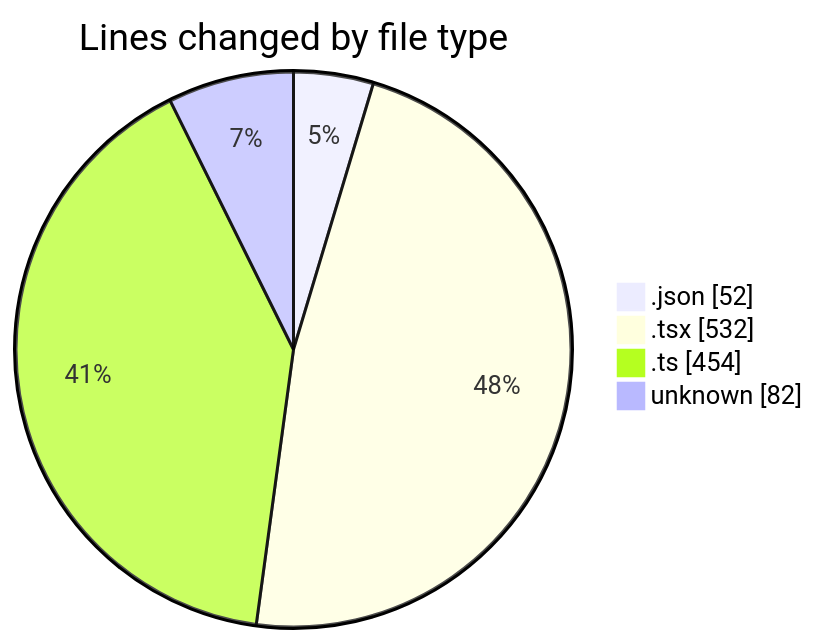
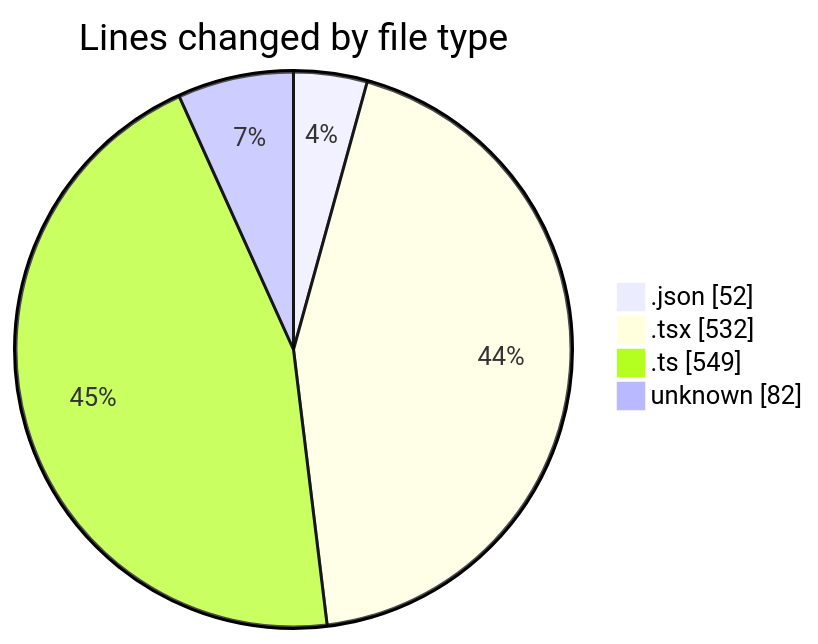
Before and after one commit to julien-gomy/code-tracking: the first of 2 diagrams in 2025-10-29/eventscop-frontend-guide__workspace_/README.md, drawn with Mermaid. The commit also changed other lines of this file and 1 other file, not shown here.

````diff
--- a/2025-10-29/eventscop-frontend-guide__workspace_/README.md
+++ b/2025-10-29/eventscop-frontend-guide__workspace_/README.md
@@ -33,8 +34,8 @@
 ```mermaid
 pie showData
 title Lines changed by file type
 ".json" : 52
 ".tsx" : 532
-".ts" : 454
+".ts" : 549
 "unknown" : 82
 ```
````
